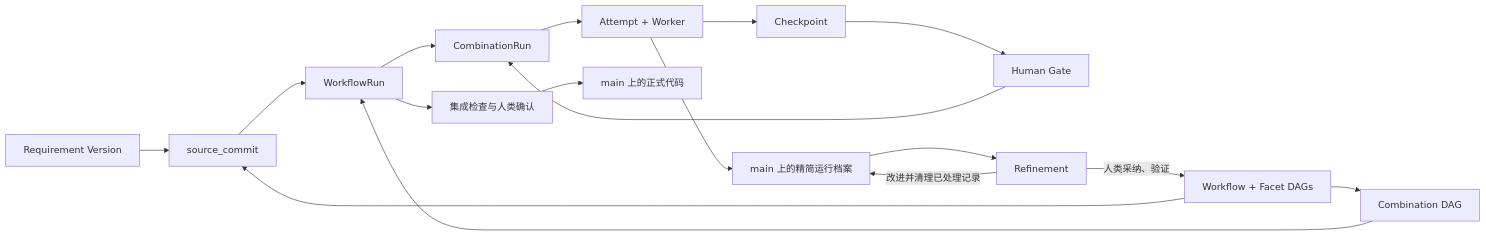
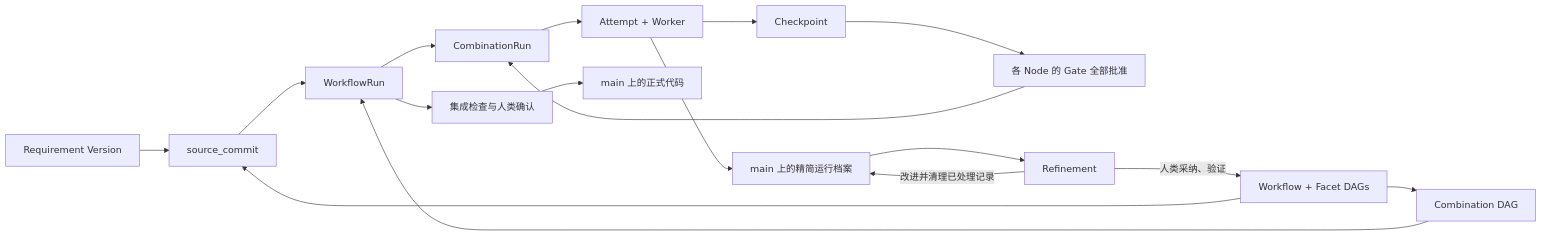
The diagram in design/00-overview.md (LingMessy/facetloom), drawn with Mermaid before and after one commit. The commit also changed other lines of this file and 10 other files, not shown here.

````diff
--- a/design/00-overview.md
+++ b/design/00-overview.md
@@ -18,19 +18,19 @@
 ```mermaid
 flowchart LR
     R[Requirement Version] --> S[source_commit]
     W[Workflow + Facet DAGs] --> S
     W --> D[Combination DAG]
     S --> WR[WorkflowRun]
     D --> WR
     WR --> CR[CombinationRun]
     CR --> A[Attempt + Worker]
     A --> C[Checkpoint]
-    C --> G[Human Gate]
+    C --> G[各 Node 的 Gate 全部批准]
     G --> CR
     WR --> I[集成检查与人类确认]
     I --> M[main 上的正式代码]
     A --> L[main 上的精简运行档案]
     L --> F[Refinement]
     F -->|人类采纳、验证| W
     F -->|改进并清理已处理记录| L
 ```
````
